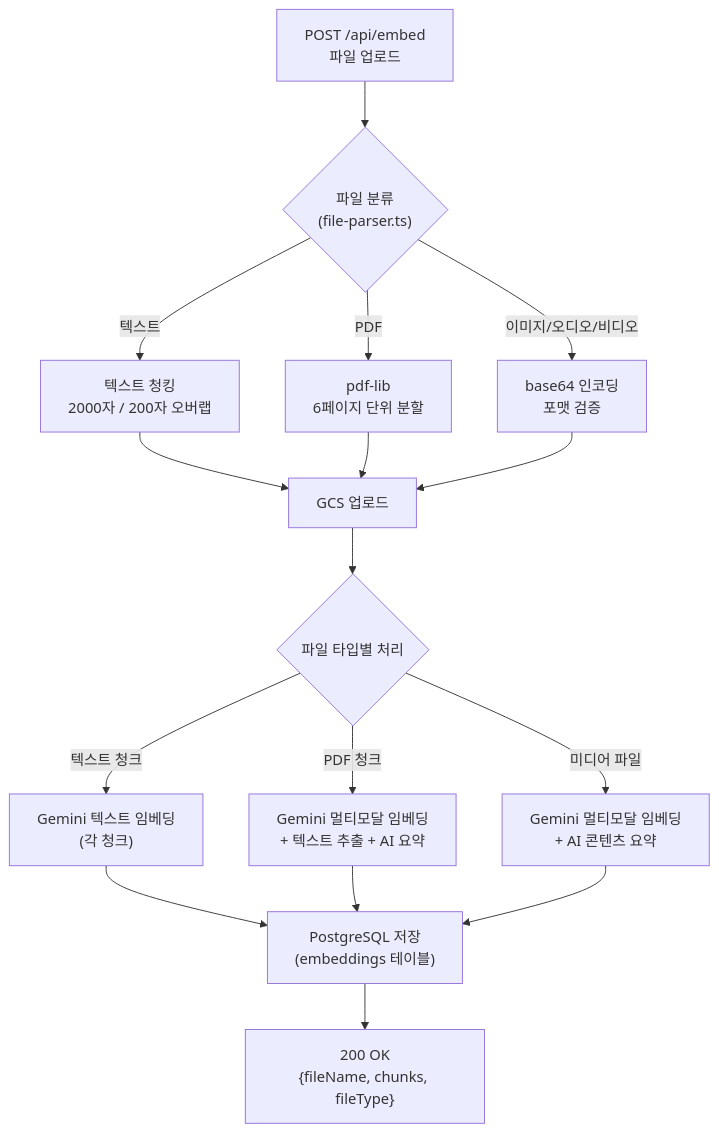
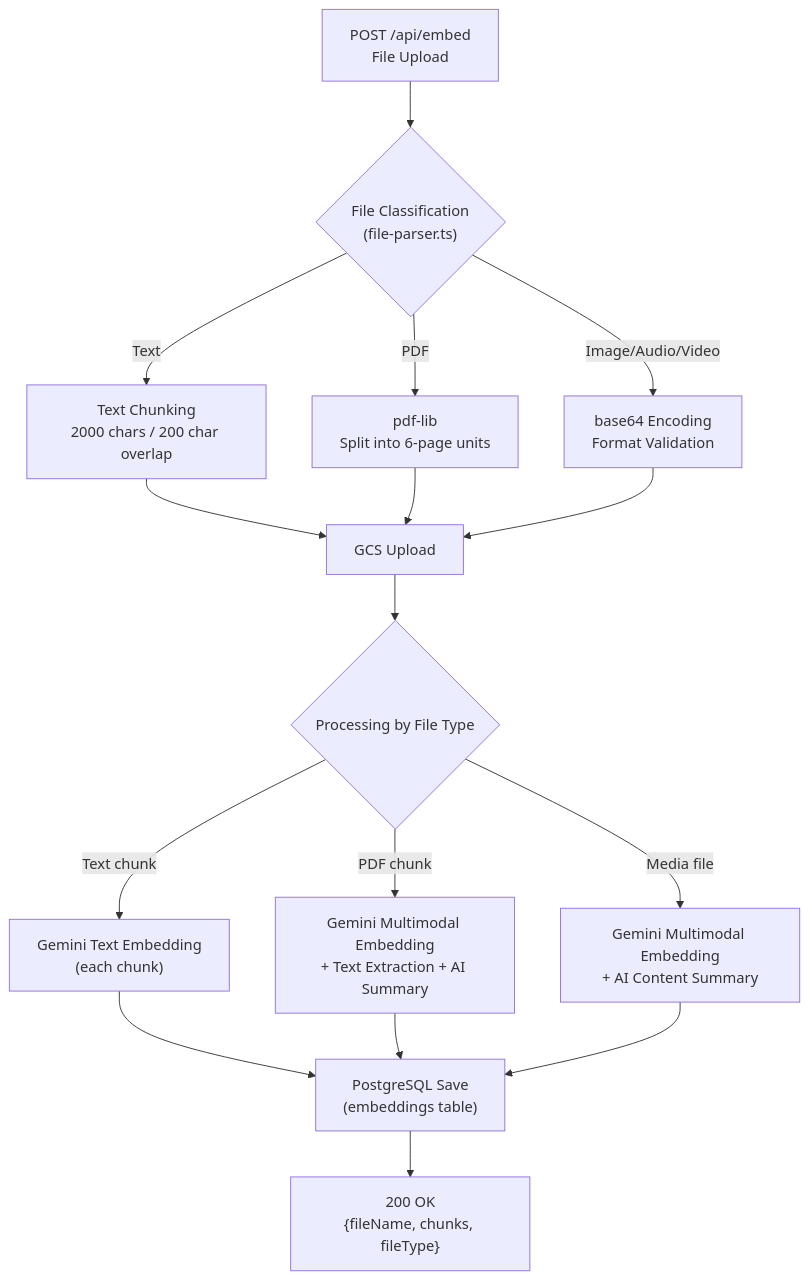
One commit to midasol/gemini-embedding-2 changed the fifth of 12 diagrams in docs/ko/ARCHITECTURE.md. Above: the diagram before and after it, drawn with Mermaid. The commit also changed other lines of this file and 17 other files, not shown here.

````diff
--- a/docs/ko/ARCHITECTURE.md
+++ b/docs/ko/ARCHITECTURE.md
@@ -236,24 +236,24 @@
 ```mermaid
 flowchart TD
-    A["POST /api/embed<br/>파일 업로드"] --> B{"파일 분류<br/>(file-parser.ts)"}
+    A["POST /api/embed<br/>File Upload"] --> B{"File Classification<br/>(file-parser.ts)"}
 
-    B -->|텍스트| C["텍스트 청킹<br/>2000자 / 200자 오버랩"]
-    B -->|PDF| D["pdf-lib<br/>6페이지 단위 분할"]
-    B -->|이미지/오디오/비디오| E["base64 인코딩<br/>포맷 검증"]
+    B -->|Text| C["Text Chunking<br/>2000 chars / 200 char overlap"]
+    B -->|PDF| D["pdf-lib<br/>Split into 6-page units"]
+    B -->|Image/Audio/Video| E["base64 Encoding<br/>Format Validation"]
 
-    C --> F["GCS 업로드"]
+    C --> F["GCS Upload"]
     D --> F
     E --> F
 
-    F --> G{"파일 타입별 처리"}
+    F --> G{"Processing by File Type"}
 
-    G -->|텍스트 청크| H["Gemini 텍스트 임베딩<br/>(각 청크)"]
-    G -->|PDF 청크| I["Gemini 멀티모달 임베딩<br/>+ 텍스트 추출 + AI 요약"]
-    G -->|미디어 파일| J["Gemini 멀티모달 임베딩<br/>+ AI 콘텐츠 요약"]
+    G -->|Text chunk| H["Gemini Text Embedding<br/>(each chunk)"]
+    G -->|PDF chunk| I["Gemini Multimodal Embedding<br/>+ Text Extraction + AI Summary"]
+    G -->|Media file| J["Gemini Multimodal Embedding<br/>+ AI Content Summary"]
 
-    H --> K["PostgreSQL 저장<br/>(embeddings 테이블)"]
+    H --> K["PostgreSQL Save<br/>(embeddings table)"]
     I --> K
     J --> K
 
     K --> L["200 OK<br/>{fileName, chunks, fileType}"]
 ```
````
